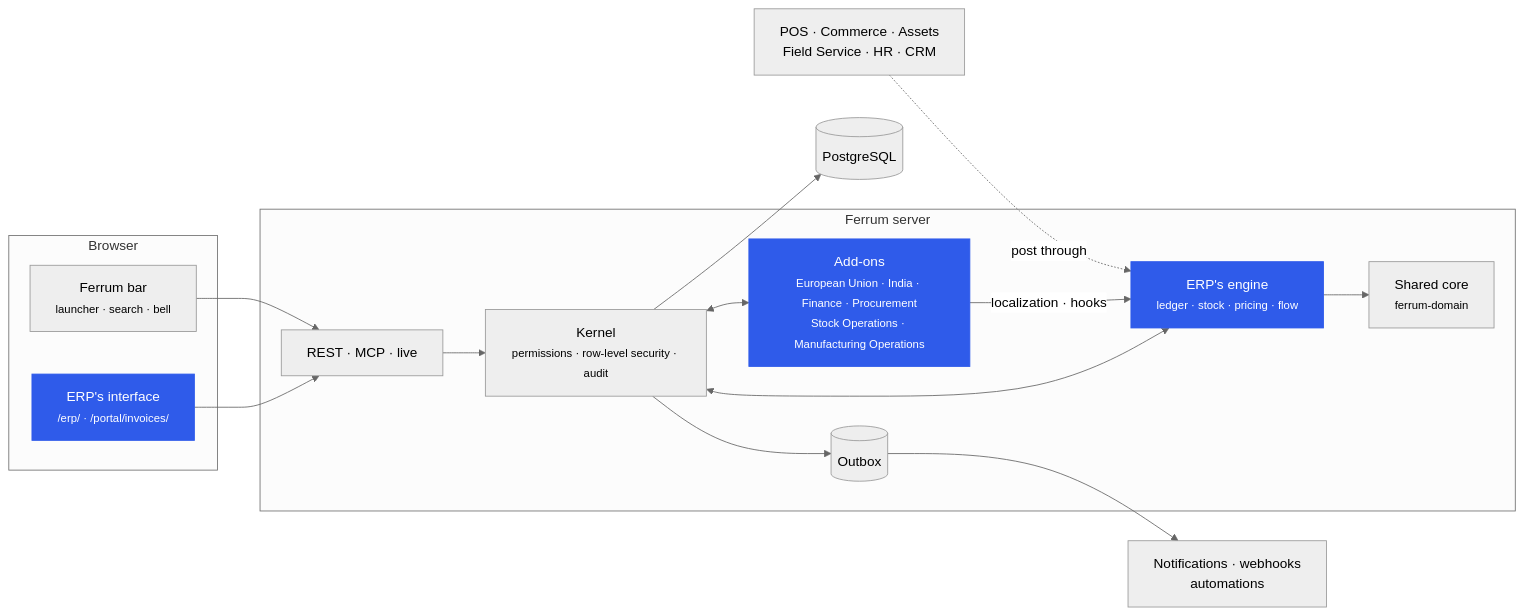
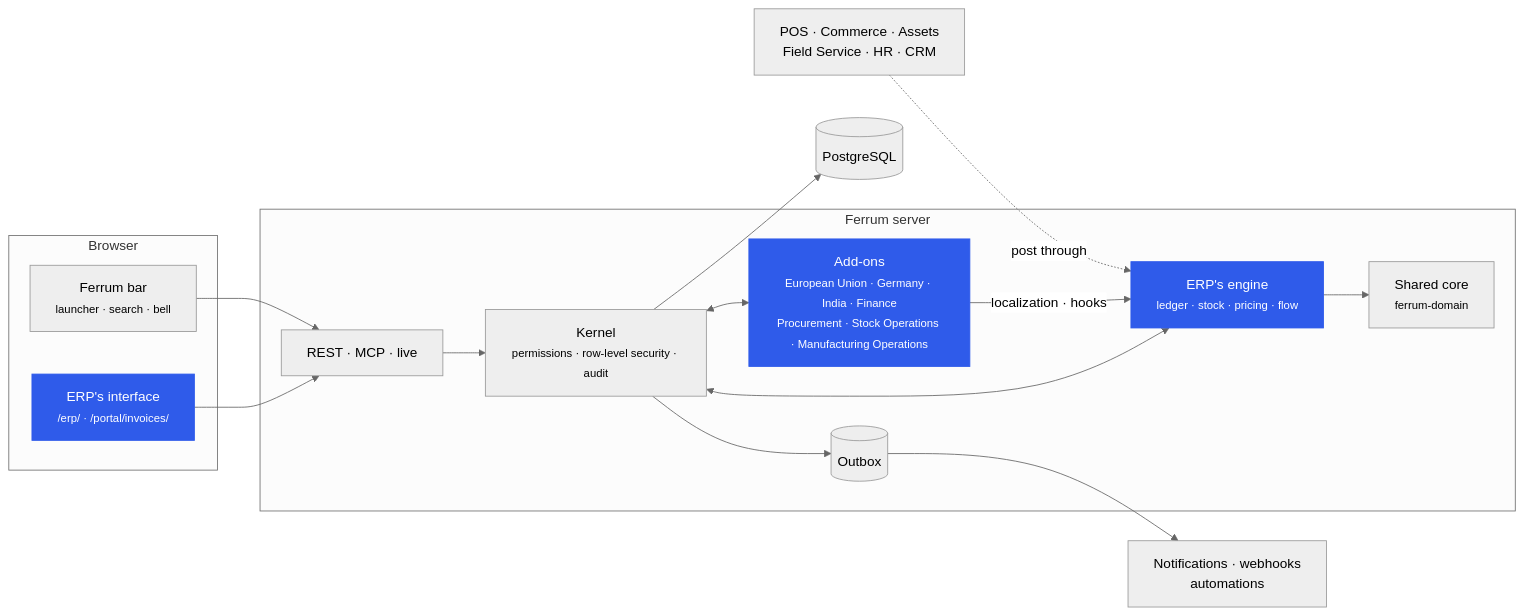
One commit to CBFerrum/ferrum-app-erp changed the second of 3 diagrams in README.md. Above: the diagram before and after it, drawn with Mermaid (neutral theme). The commit also changed other lines of this file, not shown here.

Commit message:
README: Germany 0.1.0 on the European Union's add-on (XRechnung, § 19 and § 13b UStG) and the EU 0.1.1

````diff
--- a/README.md
+++ b/README.md
@@ -144,26 +148,26 @@
 ```mermaid
 flowchart LR
     subgraph Browser
         UI["ERP's interface<br/><small>/erp/ · /portal/invoices/</small>"]
         BAR["Ferrum bar<br/><small>launcher · search · bell</small>"]
     end
     subgraph Server["Ferrum server"]
         API["REST · MCP · live"]
         K["Kernel<br/><small>permissions · row-level security · audit</small>"]
         ENG["ERP's engine<br/><small>ledger · stock · pricing · flow</small>"]
-        ADD["Add-ons<br/><small>European Union · India · Finance · Procurement<br/>Stock Operations · Manufacturing Operations</small>"]
+        ADD["Add-ons<br/><small>European Union · Germany · India · Finance<br/>Procurement · Stock Operations · Manufacturing Operations</small>"]
         CORE["Shared core<br/><small>ferrum-domain</small>"]
         OB[("Outbox")]
     end
     DB[("PostgreSQL")]
     UI --> API --> K --> DB
     BAR --> API
     K <--> ENG
     K <--> ADD
     ADD -->|localization · hooks| ENG
     ENG --> CORE
     K --> OB --> EV["Notifications · webhooks<br/>automations"]
     APPS["POS · Commerce · Assets<br/>Field Service · HR · CRM"] -. post through .-> ENG
     classDef erp fill:#2f5bea,color:#fff,stroke:#2f5bea
     class UI,ENG,ADD erp
 ```
````
